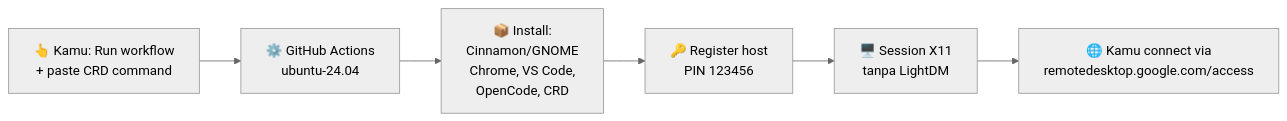
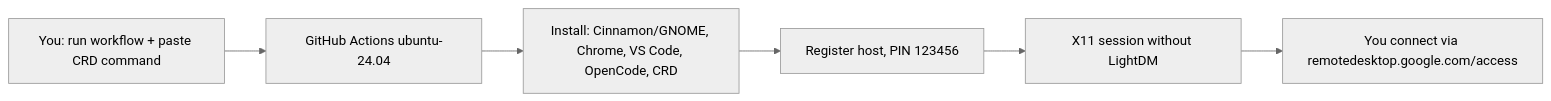
Before and after one commit to kiraadityaa/rich-linux-crd: the diagram in README.md, drawn with Mermaid (neutral theme). The commit also changed other lines of this file and 2 other files, not shown here.

First line of the commit message:
docs: professional README without emoji, local SVG diagram, bilingual

````diff
--- a/README.md
+++ b/README.md
@@ -39,8 +41,8 @@
 ```mermaid
 flowchart LR
-    A["👆 Kamu: Run workflow\n+ paste CRD command"] --> B["⚙️ GitHub Actions\nubuntu-24.04"]
-    B --> C["📦 Install:\nCinnamon/GNOME\nChrome, VS Code,\nOpenCode, CRD"]
-    C --> D["🔑 Register host\nPIN 123456"]
-    D --> E["🖥️ Session X11\ntanpa LightDM"]
-    E --> F["🌐 Kamu connect via\nremotedesktop.google.com/access"]
+    A["You: run workflow + paste CRD command"] --> B["GitHub Actions ubuntu-24.04"]
+    B --> C["Install: Cinnamon/GNOME, Chrome, VS Code, OpenCode, CRD"]
+    C --> D["Register host, PIN 123456"]
+    D --> E["X11 session without LightDM"]
+    E --> F["You connect via remotedesktop.google.com/access"]
 ```
````
